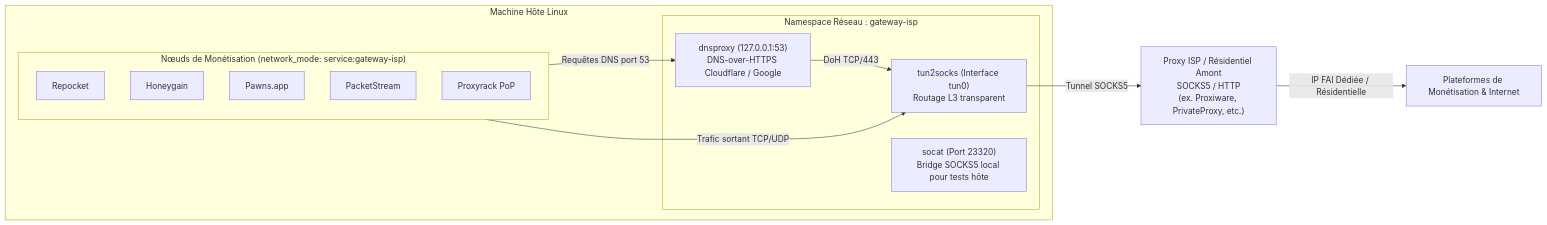
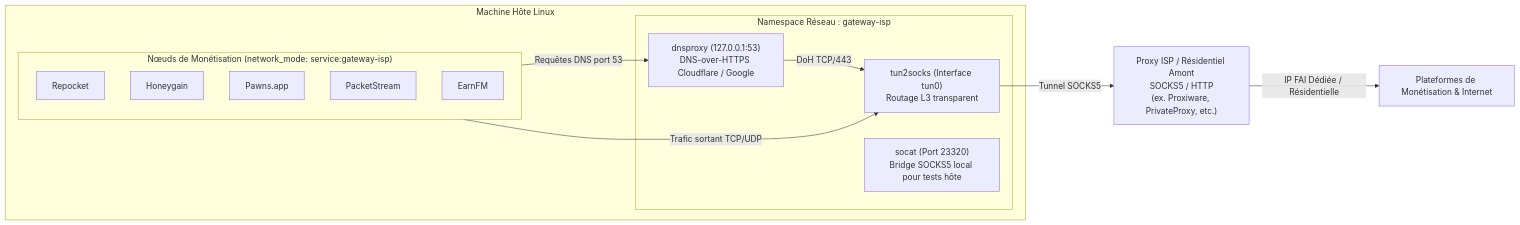
The diagram in docs/Integration_Passerelle_ISP_Residential.md (ki2pixel/proxy_docker), drawn with Mermaid before and after one commit. The commit also changed other lines of this file and 26 other files, not shown here.

First line of the commit message:
feat(providers): remplacer Proxyrack par EarnFM (suppression complète)

````diff
--- a/docs/Integration_Passerelle_ISP_Residential.md
+++ b/docs/Integration_Passerelle_ISP_Residential.md
@@ -11,27 +11,27 @@
 ```mermaid
 graph LR
     subgraph DockerHost ["Machine Hôte Linux"]
         subgraph ISPNamespace ["Namespace Réseau : gateway-isp"]
             TUN["tun2socks (Interface tun0)<br>Routage L3 transparent"]
             DNS["dnsproxy (127.0.0.1:53)<br>DNS-over-HTTPS Cloudflare / Google"]
             SOCAT["socat (Port 23320)<br>Bridge SOCKS5 local pour tests hôte"]
         end
 
         subgraph MonetizationNodes ["Nœuds de Monétisation (network_mode: service:gateway-isp)"]
             RP["Repocket"]
             HG["Honeygain"]
             PA["Pawns.app"]
             PS["PacketStream"]
-            PR["Proxyrack PoP"]
+            PR["EarnFM"]
         end
     end
 
     PROXY["Proxy ISP / Résidentiel Amont<br>SOCKS5 / HTTP<br>(ex. Proxiware, PrivateProxy, etc.)"]
     INTERNET["Plateformes de Monétisation & Internet"]
 
     MonetizationNodes -->|Trafic sortant TCP/UDP| TUN
     MonetizationNodes -->|Requêtes DNS port 53| DNS
     DNS -->|DoH TCP/443| TUN
     TUN -->|Tunnel SOCKS5| PROXY
     PROXY -->|IP FAI Dédiée / Résidentielle| INTERNET
 ```
````
